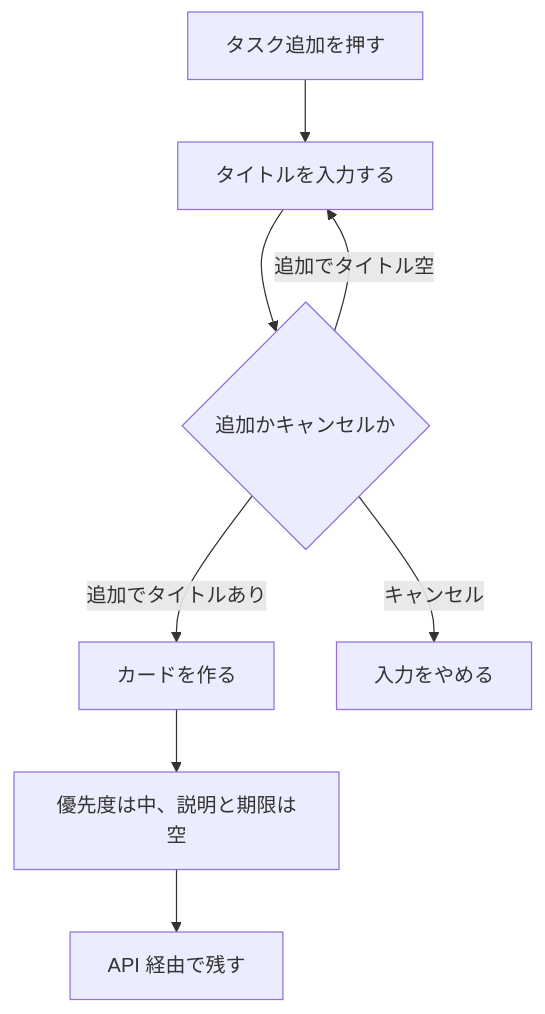
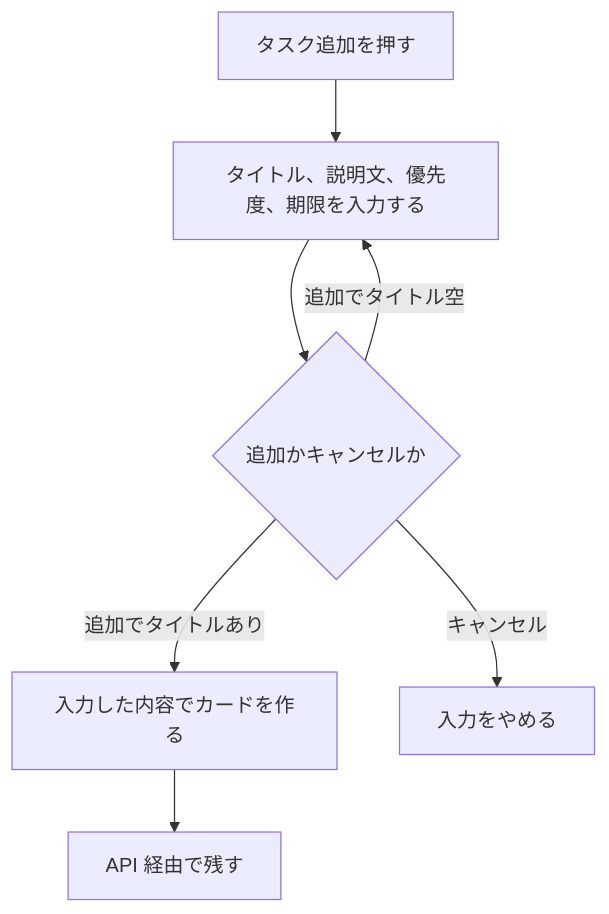
The third of 6 diagrams in ドキュメント/機能要件定義書.md (pfgnsb/kadai-kanri-board), drawn with Mermaid before and after one commit. The commit also changed other lines of this file and 12 other files, not shown here.

Commit message:
タスク追加のときに、説明文・優先度・期限も保存する。

````diff
--- a/ドキュメント/機能要件定義書.md
+++ b/ドキュメント/機能要件定義書.md
@@ -175,10 +175,9 @@
 ```mermaid
 flowchart TD
-  a[タスク追加を押す] --> b[タイトルを入力する]
+  a[タスク追加を押す] --> b[タイトル、説明文、優先度、期限を入力する]
   b --> c{追加かキャンセルか}
-  c -->|追加でタイトルあり| d[カードを作る]
+  c -->|追加でタイトルあり| d[入力した内容でカードを作る]
   c -->|キャンセル| e[入力をやめる]
   c -->|追加でタイトル空| b
-  d --> f[優先度は中、説明と期限は空]
-  f --> g[API 経由で残す]
+  d --> g[API 経由で残す]
 ```
````
